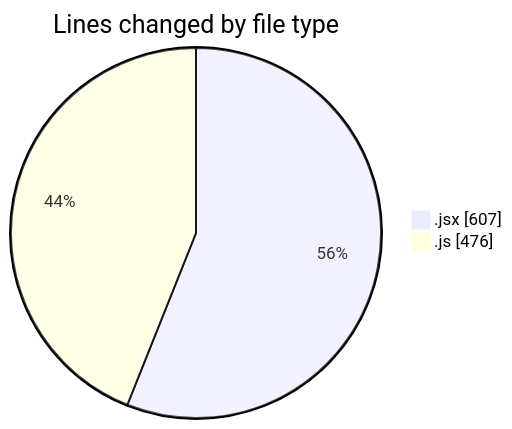
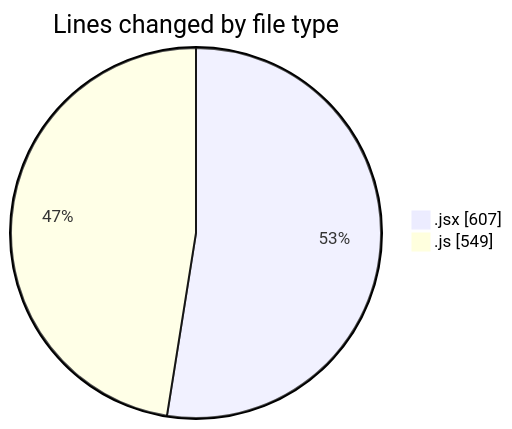
One commit to nxtqubesakshisongat/code-tracking changed the first of 2 diagrams in 2025-11-14/argos/README.md. Above: the diagram before and after it, drawn with Mermaid. The commit also changed other lines of this file and 1 other file, not shown here.

````diff
--- a/2025-11-14/argos/README.md
+++ b/2025-11-14/argos/README.md
@@ -23,6 +24,6 @@
 ```mermaid
 pie showData
 title Lines changed by file type
 ".jsx" : 607
-".js" : 476
+".js" : 549
 ```
````
